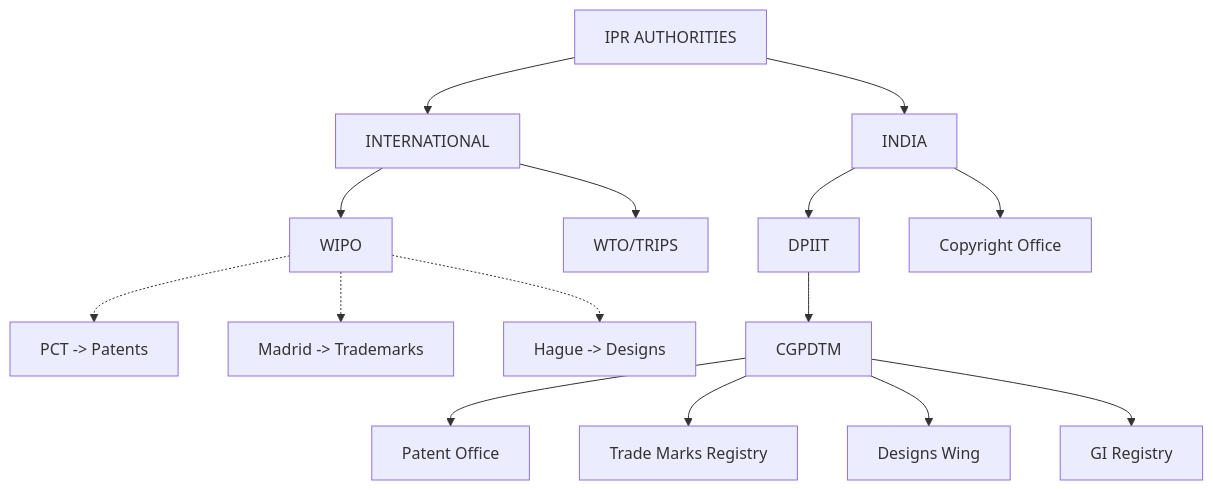
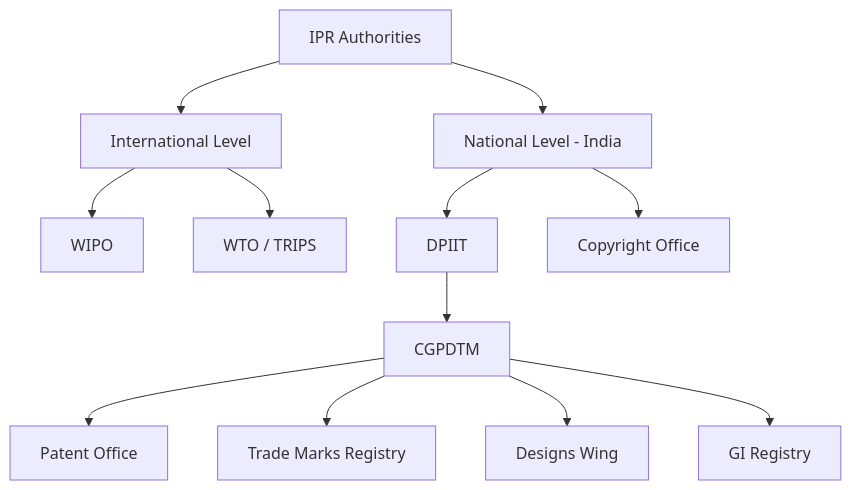
One commit to Aryns293/IPR changed the diagram in 05_IPR_Authorities.md. Above: the diagram before and after it, drawn with Mermaid. The commit also changed other lines of this file and 8 other files, not shown here.

````diff
--- a/05_IPR_Authorities.md
+++ b/05_IPR_Authorities.md
@@ -25,24 +9,14 @@
 ```mermaid
 flowchart TD
-    A[IPR AUTHORITIES]
-    
-    A --> B[INTERNATIONAL]
-    A --> C[INDIA]
-    
+    A[IPR Authorities] --> B[International Level]
+    A --> C[National Level - India]
     B --> D[WIPO]
-    B --> E["WTO/TRIPS"]
-    
+    B --> E[WTO / TRIPS]
     C --> F[DPIIT]
-    C --> G[Copyright Office]
-    
-    F --> H[CGPDTM]
-    
-    H --> I[Patent Office]
-    H --> J[Trade Marks Registry]
-    H --> K[Designs Wing]
-    H --> L[GI Registry]
-    
-    D -.-> M["PCT -> Patents"]
-    D -.-> N["Madrid -> Trademarks"]
-    D -.-> O["Hague -> Designs"]
+    F --> G[CGPDTM]
+    G --> H[Patent Office]
+    G --> I[Trade Marks Registry]
+    G --> J[Designs Wing]
+    G --> K[GI Registry]
+    C --> L[Copyright Office]
 ```
````
